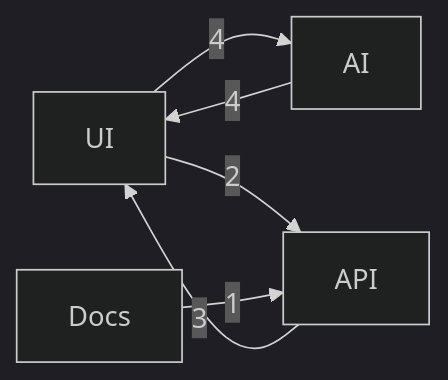
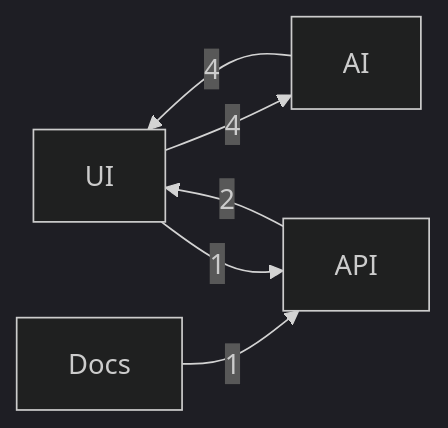
Before and after one commit to DeepExtrema/deepextrema: the diagram in README.md, drawn with Mermaid (dark theme). The commit also changed other lines of this file and 4 other files, not shown here.

````diff
--- a/README.md
+++ b/README.md
@@ -215,8 +215,8 @@
 ```mermaid
 graph LR
     UI -->|4| AI
     AI -->|4| UI
-    API -->|3| UI
-    UI -->|2| API
+    API -->|2| UI
     Docs -->|1| API
+    UI -->|1| API
 ```
````
